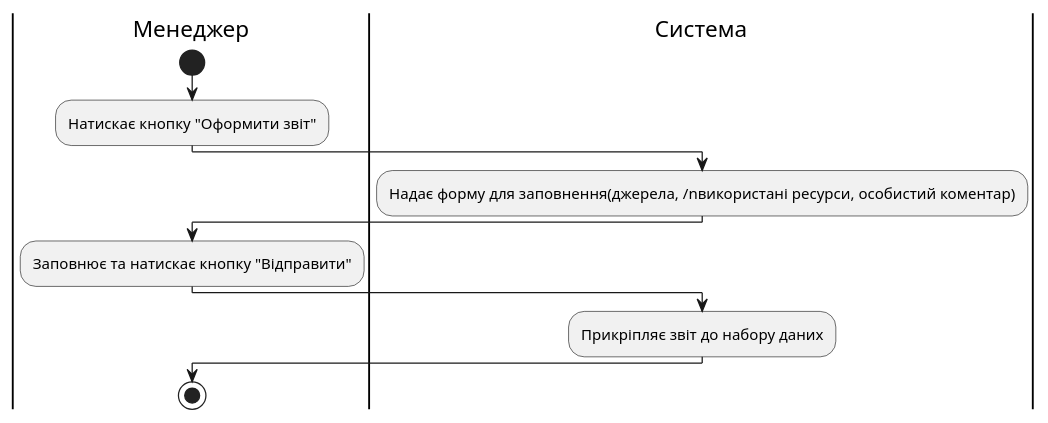
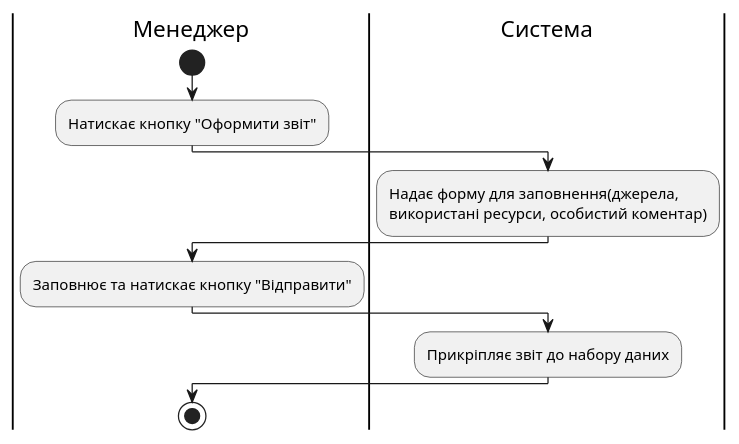
The diagram in src/uml/UC7.puml (anrikolo/obd), drawn with PlantUML before and after one commit.

```diff
--- a/src/uml/UC7.puml
+++ b/src/uml/UC7.puml
@@ -2,14 +2,14 @@
 @startuml
 
     |Менеджер|
     start
     :Натискає кнопку "Оформити звіт";
     |Система|
-    :Надає форму для заповнення(джерела, /nвикористані ресурси, особистий коментар);
+    :Надає форму для заповнення(джерела, \nвикористані ресурси, особистий коментар);
     |Менеджер|
     :Заповнює та натискає кнопку "Відправити";
     |Система|
     :Прикріпляє звіт до набору даних;
         |Менеджер|
     stop;
 @enduml
```
